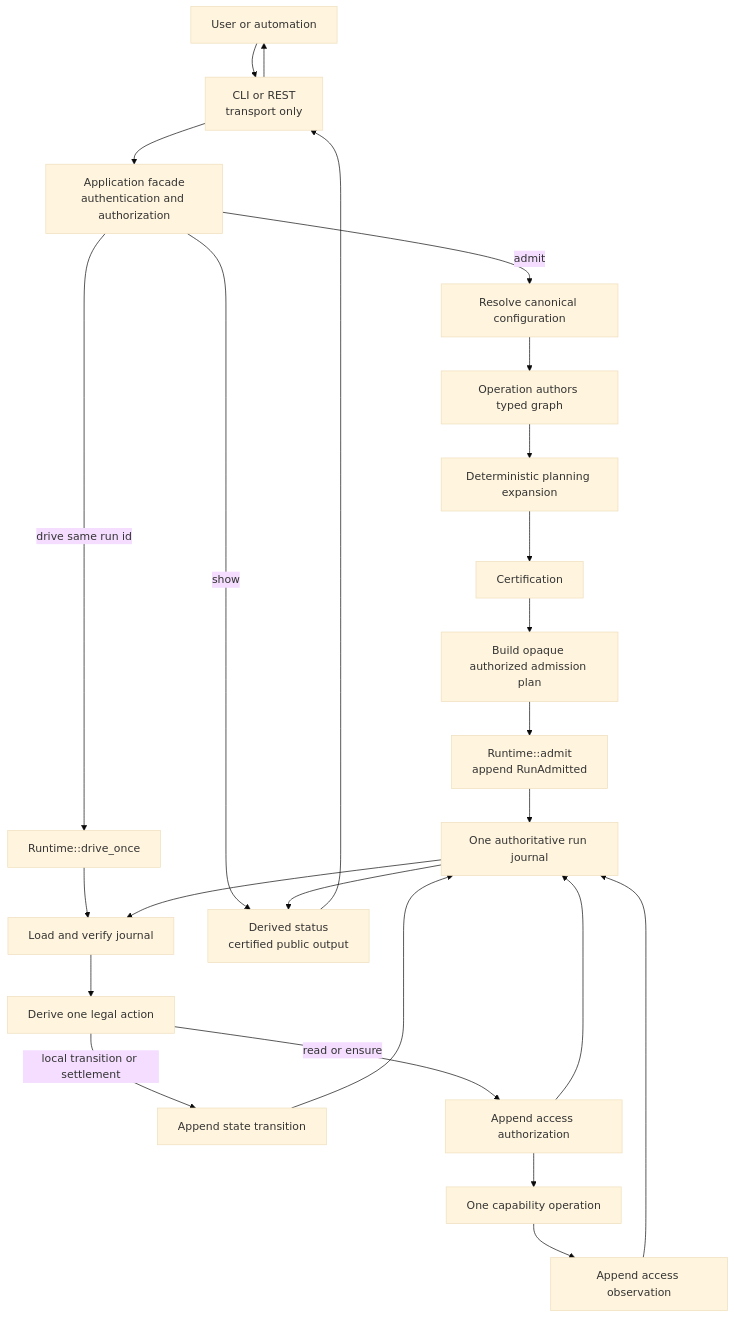
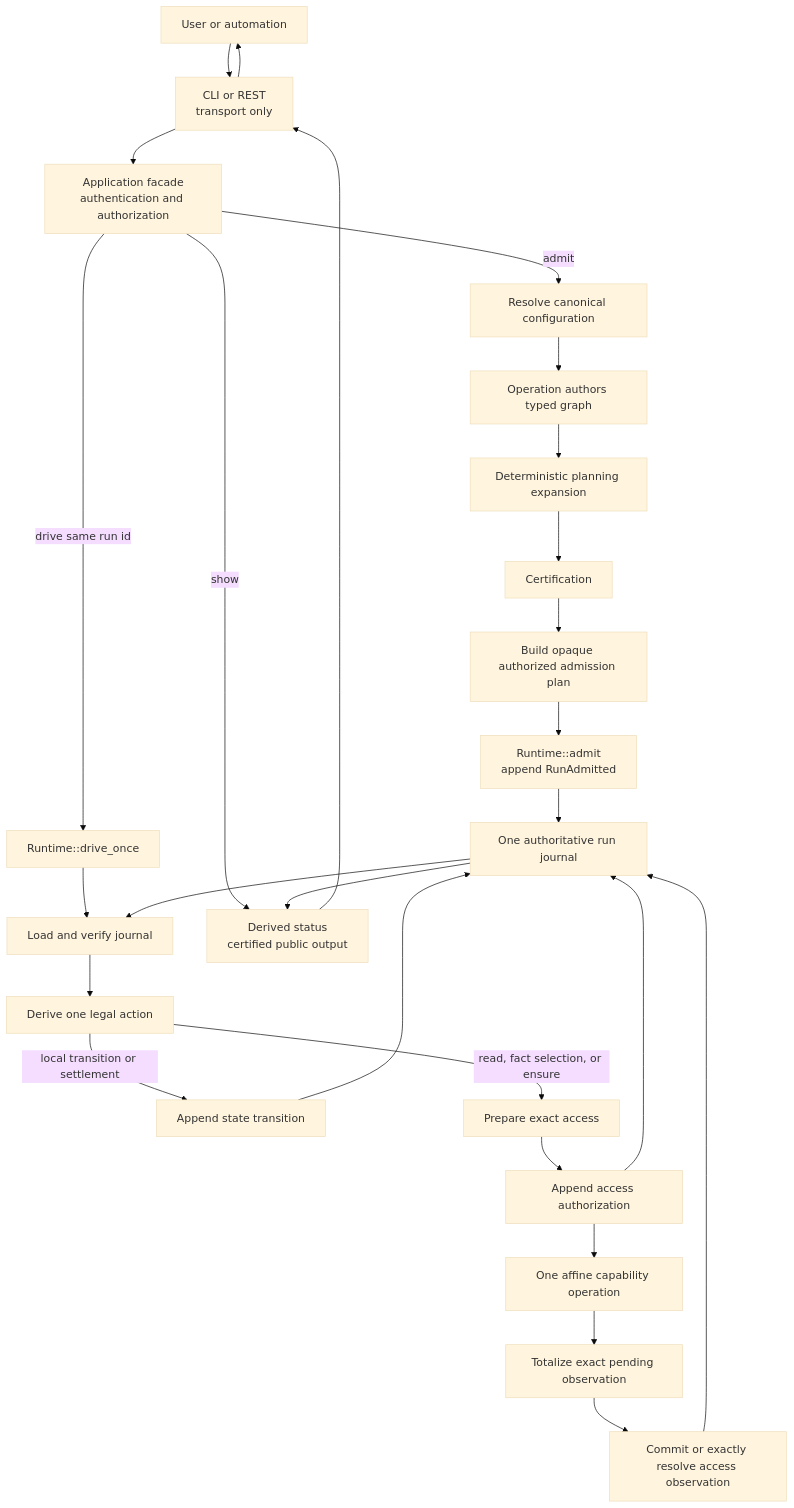
The first of 8 diagrams in docs/run-execution.md (willyrgf/mfm), drawn with Mermaid (base theme) before and after one commit. The commit also changed other lines of this file and 235 other files, not shown here.

````diff
--- a/docs/run-execution.md
+++ b/docs/run-execution.md
@@ -31,33 +31,35 @@
 ```mermaid
 flowchart TD
     U["User or automation"]
     T["CLI or REST<br/>transport only"]
     A["Application facade<br/>authentication and authorization"]
 
     U --> T --> A
 
     A -->|admit| C["Resolve canonical configuration"]
     C --> O["Operation authors typed graph"]
     O --> P["Deterministic planning expansion"]
     P --> CERT["Certification"]
     CERT --> AP["Build opaque authorized admission plan"]
     AP --> RA["Runtime::admit<br/>append RunAdmitted"]
 
     A -->|drive same run id| R["Runtime::drive_once"]
     R --> V["Load and verify journal"]
     V --> D["Derive one legal action"]
     D -->|local transition or settlement| ST["Append state transition"]
-    D -->|read or ensure| AU["Append access authorization"]
-    AU --> CAP["One capability operation"]
-    CAP --> OB["Append access observation"]
+    D -->|read, fact selection, or ensure| PRE["Prepare exact access"]
+    PRE --> AU["Append access authorization"]
+    AU --> CAP["One affine capability operation"]
+    CAP --> PEND["Totalize exact pending observation"]
+    PEND --> OB["Commit or exactly resolve access observation"]
 
     RA --> J["One authoritative run journal"]
     ST --> J
     AU --> J
     OB --> J
     J --> V
 
     A -->|show| OUT["Derived status<br/>certified public output"]
     J --> OUT
     OUT --> T --> U
 ```
````
